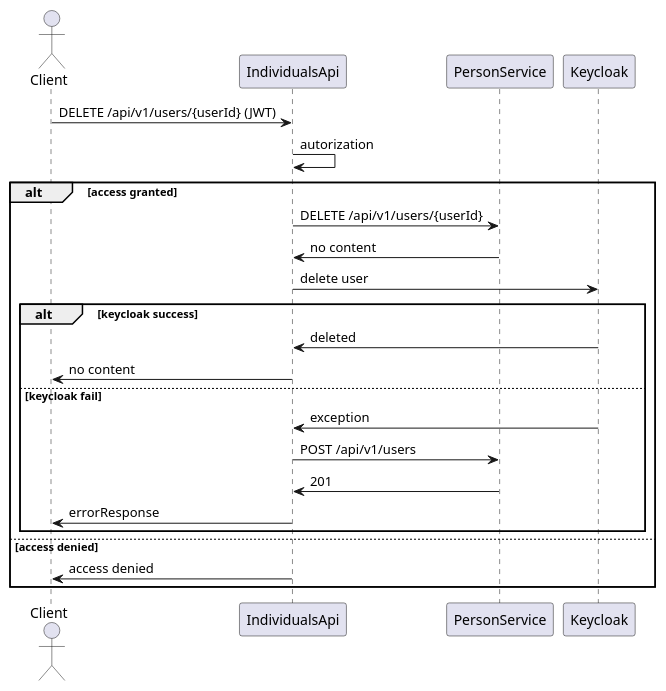
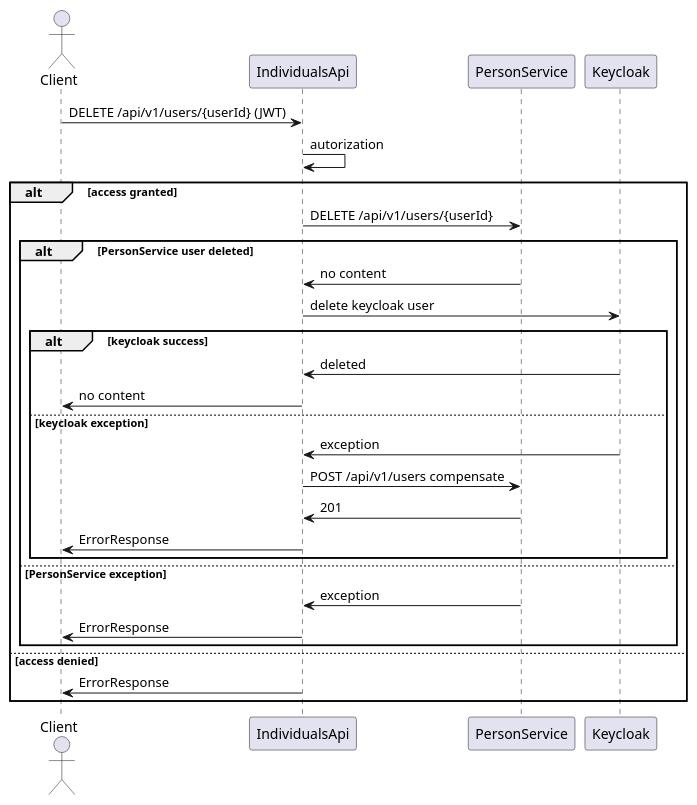
The diagram in diagram/delete-user.puml (diamam90/payment-system), drawn with PlantUML before and after one commit. The commit also changed 7 other files, not shown here.

Commit message:
добавлены диаграммы для person-service

```diff
--- a/diagram/delete-user.puml
+++ b/diagram/delete-user.puml
@@ -1,25 +1,33 @@
 @startuml
 actor Client
 participant IndividualsApi
 participant PersonService
 participant Keycloak
 
 Client -> IndividualsApi: DELETE /api/v1/users/{userId} (JWT)
 IndividualsApi -> IndividualsApi: autorization
 alt access granted
-IndividualsApi -> PersonService: DELETE /api/v1/users/{userId}
-PersonService -> IndividualsApi: no content
-IndividualsApi -> Keycloak: delete user
-alt keycloak success
-Keycloak -> IndividualsApi: deleted
-IndividualsApi -> Client: no content
-else keycloak fail
-Keycloak -> IndividualsApi: exception
-IndividualsApi -> PersonService: POST /api/v1/users
-PersonService -> IndividualsApi: 201
-IndividualsApi -> Client: errorResponse
-end
+    IndividualsApi -> PersonService: DELETE /api/v1/users/{userId}
+    alt PersonService user deleted
+
+        PersonService -> IndividualsApi: no content
+        IndividualsApi -> Keycloak: delete keycloak user
+
+        alt keycloak success
+            Keycloak -> IndividualsApi: deleted
+            IndividualsApi -> Client: no content
+        else keycloak exception
+            Keycloak -> IndividualsApi: exception
+            IndividualsApi -> PersonService: POST /api/v1/users compensate
+            PersonService -> IndividualsApi: 201
+            IndividualsApi -> Client: ErrorResponse
+        end
+    else PersonService exception
+        PersonService -> IndividualsApi: exception
+        IndividualsApi -> Client: ErrorResponse
+    end
+
 else access denied
-IndividualsApi -> Client: access denied
+IndividualsApi -> Client: ErrorResponse
 end
 @enduml
```
